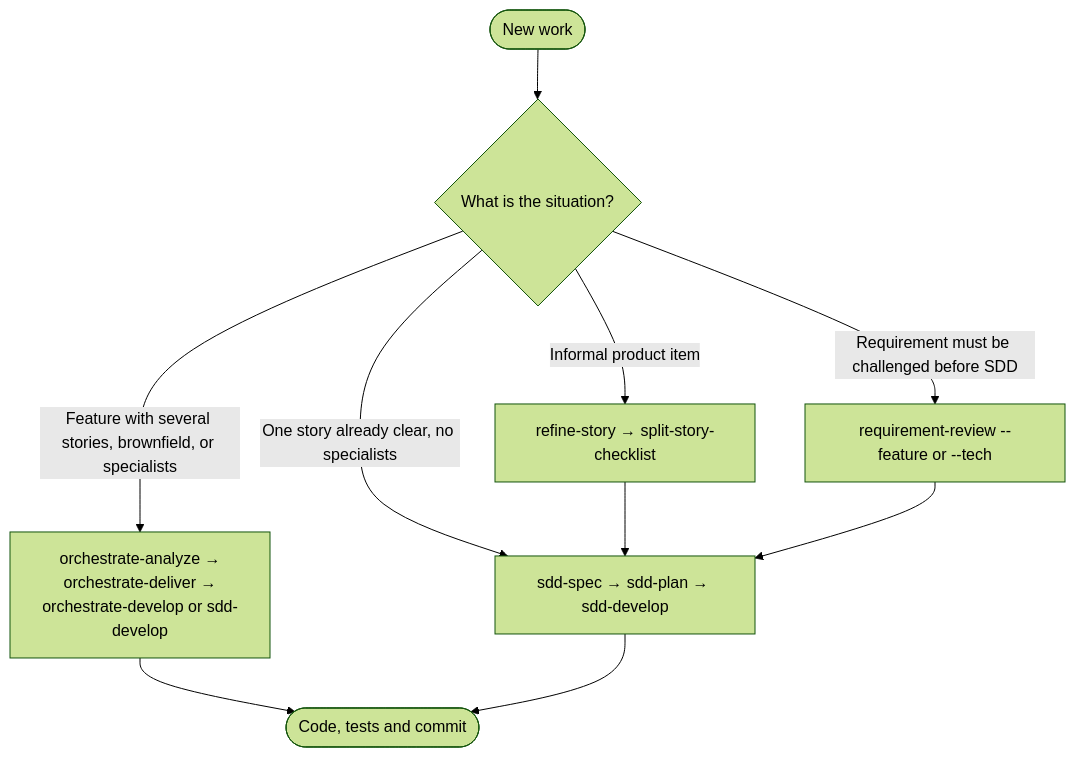
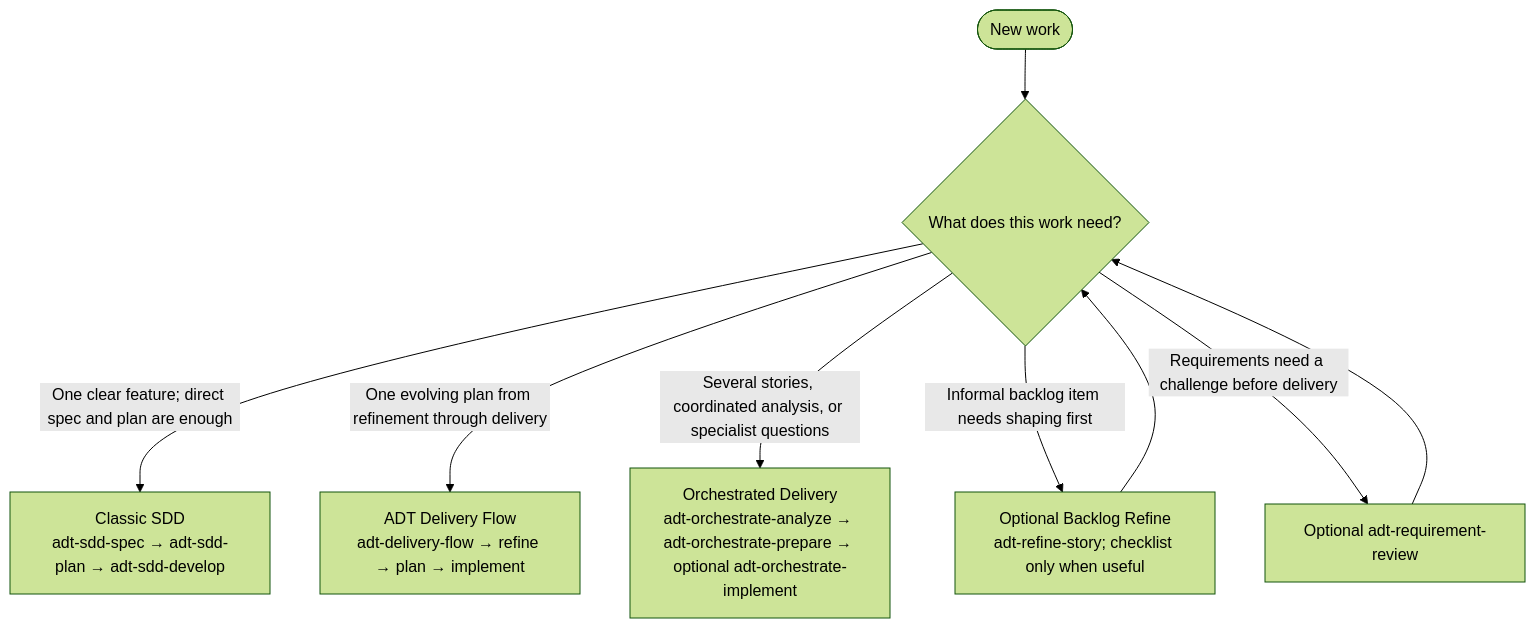
Before and after one commit to tibursocampos/agent-dev-toolkit: the diagram in docs/guides/flow-selection.md, drawn with Mermaid (forest theme). The commit also changed other lines of this file and 895 other files, not shown here.

````diff
--- a/docs/guides/flow-selection.md
+++ b/docs/guides/flow-selection.md
@@ -7,12 +7,11 @@
 ```mermaid
 flowchart TD
-  Start([New work]) --> Q{What is the situation?}
-  Q -->|Feature with several stories, brownfield, or specialists| ORCH["orchestrate-analyze →<br/>orchestrate-deliver →<br/>orchestrate-develop or sdd-develop"]
-  Q -->|One story already clear, no specialists| SDD["sdd-spec → sdd-plan → sdd-develop"]
-  Q -->|Informal product item| REF["refine-story → split-story-checklist"]
-  Q -->|Requirement must be challenged before SDD| REV["requirement-review --feature or --tech"]
-  REF --> SDD
-  REV --> SDD
-  ORCH --> Done([Code, tests and commit])
-  SDD --> Done
+  Start([New work]) --> Q{What does this work need?}
+  Q -->|One clear feature; direct spec and plan are enough| CLASSIC["Classic SDD<br/>adt-sdd-spec → adt-sdd-plan → adt-sdd-develop"]
+  Q -->|One evolving plan from refinement through delivery| DELIVERY["ADT Delivery Flow<br/>adt-delivery-flow → refine → plan → implement"]
+  Q -->|Several stories, coordinated analysis, or specialist questions| ORCH["Orchestrated Delivery<br/>adt-orchestrate-analyze → adt-orchestrate-prepare → optional adt-orchestrate-implement"]
+  Q -->|Informal backlog item needs shaping first| REF["Optional Backlog Refine<br/>adt-refine-story; checklist only when useful"]
+  Q -->|Requirements need a challenge before delivery| REVIEW["Optional adt-requirement-review"]
+  REF --> Q
+  REVIEW --> Q
 ```
````
